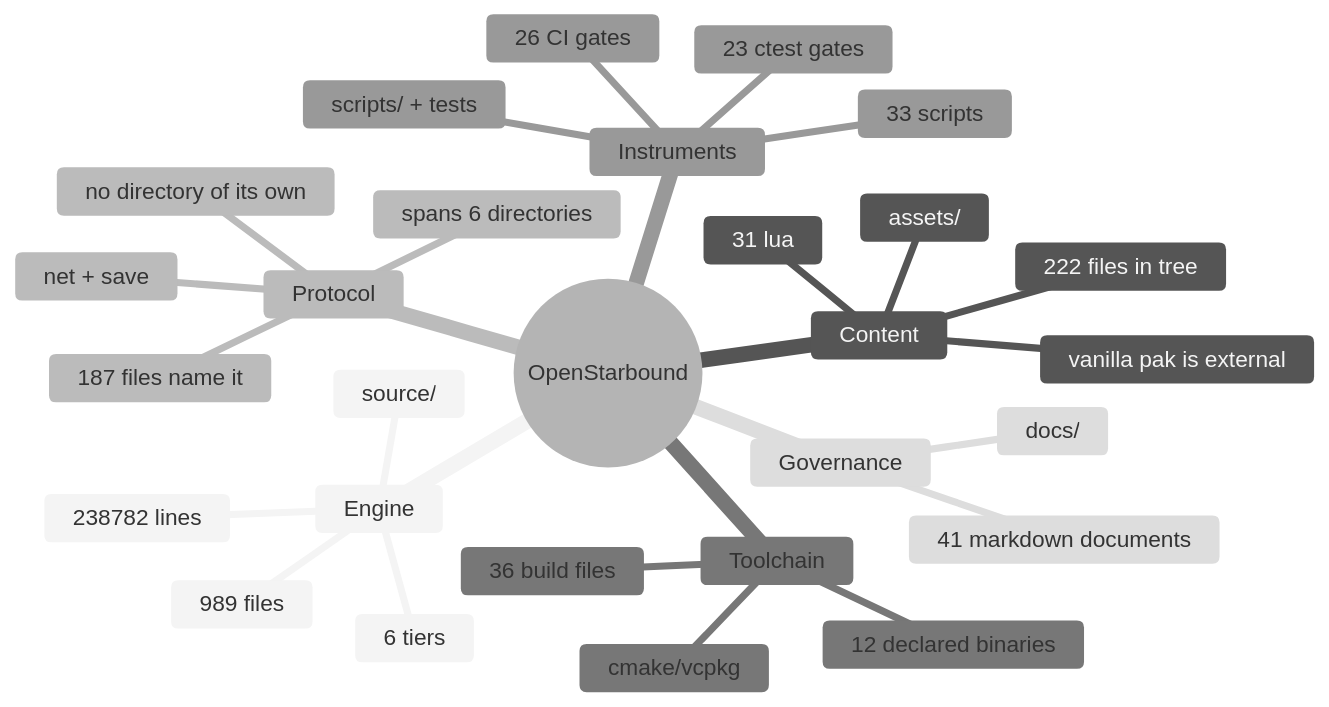
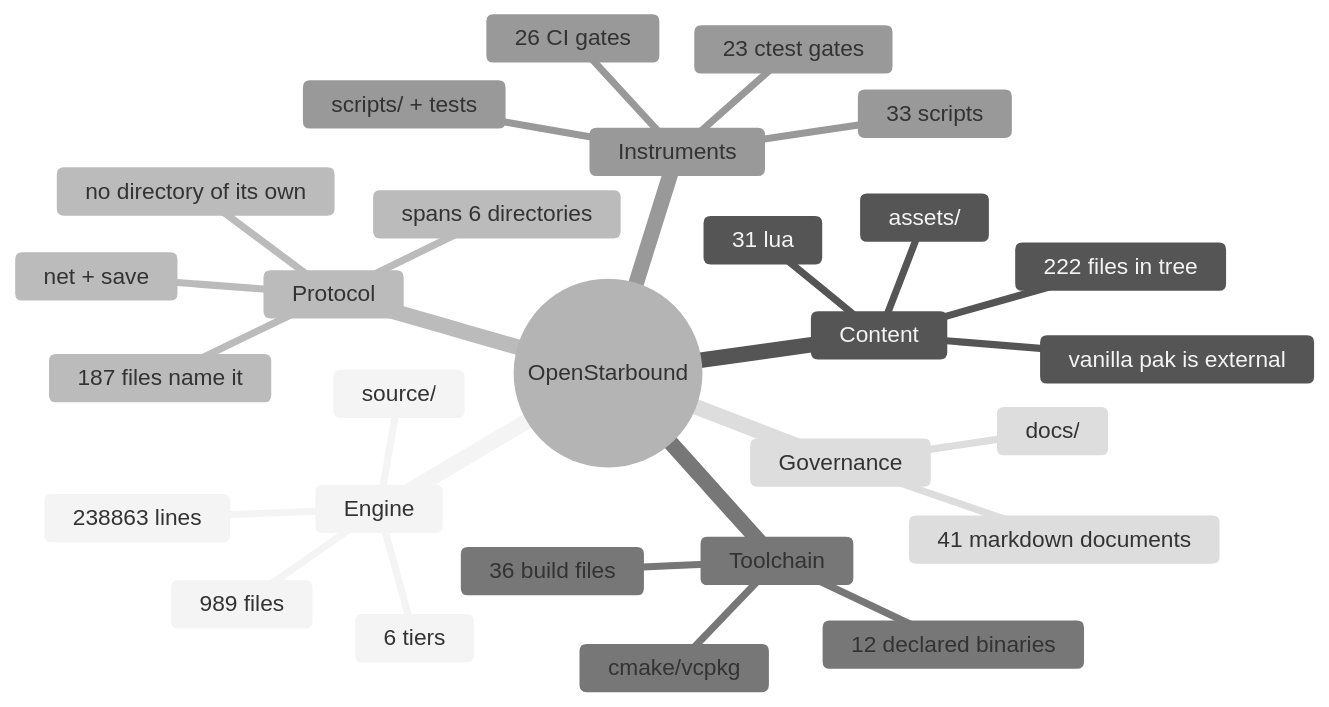
One commit to apnex/OpenStarbound changed the second of 11 diagrams in docs/architecture/system-boundaries.md. Above: the diagram before and after it, drawn with Mermaid (neutral theme). The commit also changed other lines of this file and 4 other files, not shown here.

````diff
--- a/docs/architecture/system-boundaries.md
+++ b/docs/architecture/system-boundaries.md
@@ -166,31 +166,31 @@
 ```mermaid
 mindmap
   root((OpenStarbound))
     Engine
       source/
       989 files
-      238782 lines
+      238863 lines
       6 tiers
     Content
       assets/
       222 files in tree
       31 lua
       vanilla pak is external
     Protocol
       net + save
       187 files name it
       spans 6 directories
       no directory of its own
     Toolchain
       cmake/vcpkg
       36 build files
       12 declared binaries
     Instruments
       scripts/ + tests
       33 scripts
       23 ctest gates
       26 CI gates
     Governance
       docs/
       41 markdown documents
 ```
````
